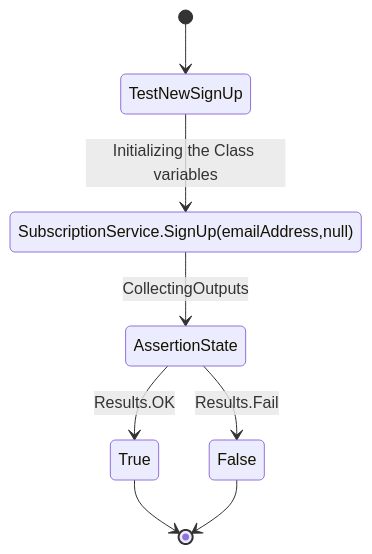
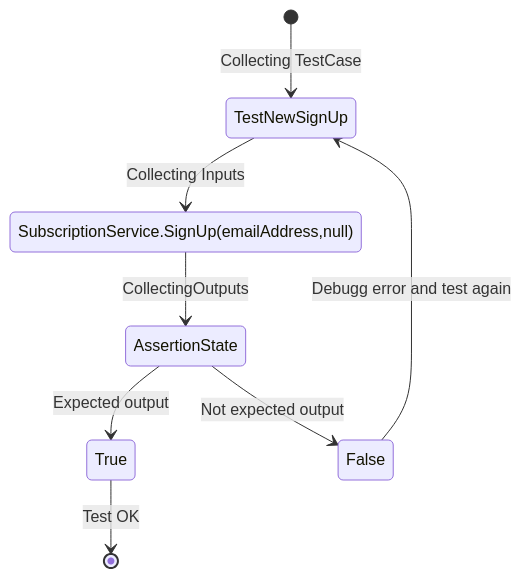
The third of 12 diagrams in model/TestModel.md (Emsaso/GetNews), drawn with Mermaid before and after one commit. The commit also changed other lines of this file, not shown here.

````diff
--- a/model/TestModel.md
+++ b/model/TestModel.md
@@ -69,34 +69,34 @@
 ```mermaid
 stateDiagram-v2
-[*] --> TestNewSignUp
-    TestNewSignUp --> SubscriptionService.SignUp(emailAddress,null):Initializing the Class variables
+[*] --> TestNewSignUp:Collecting TestCase
+    TestNewSignUp --> SubscriptionService.SignUp(emailAddress,null): Collecting Inputs
     
 #    state AssertionState <<choice>>
 #    state SubscriptionCheck <<choice>>
 #    state EnsureEmailValidity <<choice>>
 
 #    EnsureEmailValidity
 #       [*] --> EnsureEmailValidity
 #
 #        state CollectingInputs
 #        state HandleInvalidEmail
 #        state join_state <<join>>
 
 #        CollectingInputs --> EmailAddress.IsValid()
 #            EmailAddress.IsValid()--> (bool)HandleInvalidEmail
 #            HandleInvalidEmail  --> AssertionState
 
 #        EmailAddress.IsValid() --> SubscriptionCheck
             
 #            state HandleNullSubscription
 #            HandleNullSubscription --> CreateSubScription
 #            CreateSubScription --> AssertionState
         
 
     SubscriptionService.SignUp(emailAddress,null) --> AssertionState:CollectingOutputs
     
-    AssertionState --> True:Results.OK
-    AssertionState --> False:Results.Fail
-    True --> [*]
-    False --> [*]
+    AssertionState --> True:Expected output
+    AssertionState --> False:Not expected output
+    True --> [*]:Test OK
+    False --> TestNewSignUp:Debugg error and test again
 ```
````
